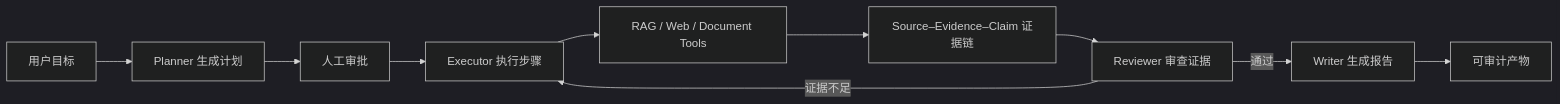
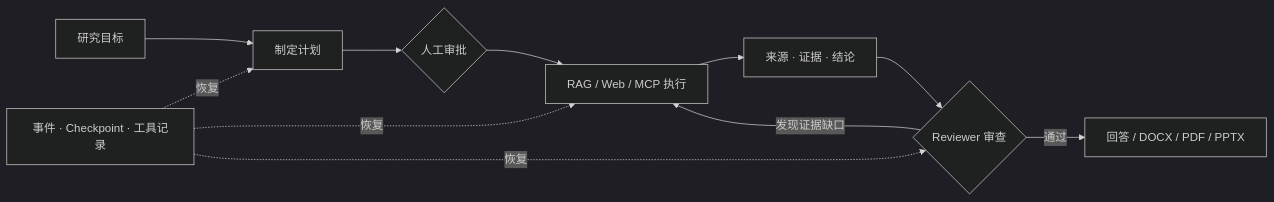
One commit to Frant1cc/evident-loop changed the diagram in README.zh-CN.md. Above: the diagram before and after it, drawn with Mermaid (dark theme). The commit also changed other lines of this file and 1 other file, not shown here.

````diff
--- a/README.zh-CN.md
+++ b/README.zh-CN.md
@@ -47,12 +36,14 @@
 ```mermaid
 flowchart LR
-    U["用户目标"] --> P["Planner 生成计划"]
-    P --> A["人工审批"]
-    A --> E["Executor 执行步骤"]
-    E --> T["RAG / Web / Document Tools"]
-    T --> C["Source–Evidence–Claim 证据链"]
-    C --> R["Reviewer 审查证据"]
-    R -->|证据不足| E
-    R -->|通过| W["Writer 生成报告"]
-    W --> O["可审计产物"]
+    Q["研究目标"] --> P["制定计划"]
+    P --> A{"人工审批"}
+    A --> E["RAG / Web / MCP 执行"]
+    E --> SEC["来源 · 证据 · 结论"]
+    SEC --> R{"Reviewer 审查"}
+    R -->|发现证据缺口| E
+    R -->|通过| D["回答 / DOCX / PDF / PPTX"]
+
+    CP["事件 · Checkpoint · 工具记录"] -. 恢复 .-> P
+    CP -. 恢复 .-> E
+    CP -. 恢复 .-> R
 ```
````
